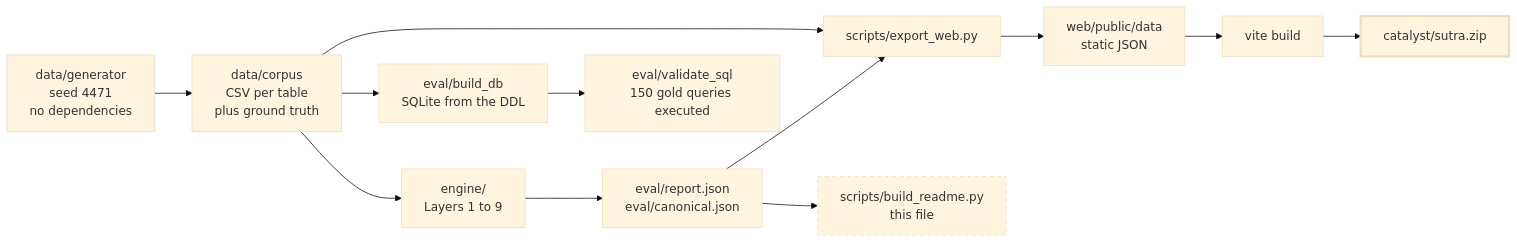
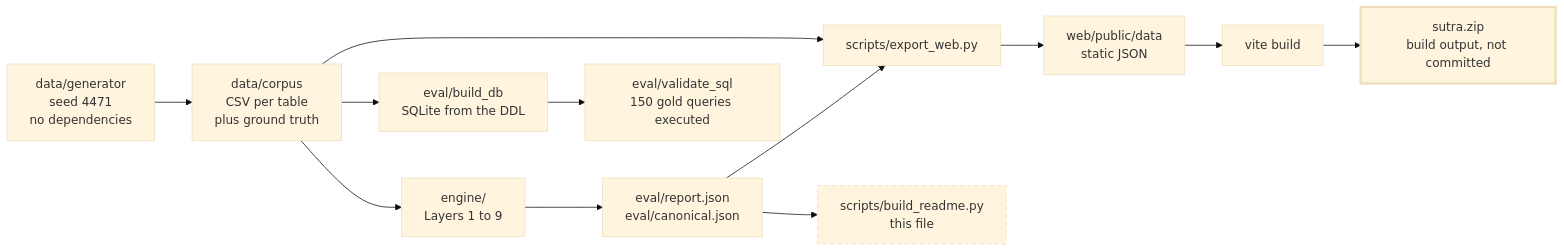
Before and after one commit to yerramsettysuchita/sutra: the third of 4 diagrams in README.md, drawn with Mermaid (base theme). The commit also changed other lines of this file and 5 other files, not shown here.

````diff
--- a/README.md
+++ b/README.md
@@ -220,17 +220,17 @@
 ```mermaid
 flowchart LR
     G["data/generator<br/>seed 4471<br/>no dependencies"] --> C["data/corpus<br/>CSV per table<br/>plus ground truth"]
     C --> E["engine/<br/>Layers 1 to 9"]
     C --> DB["eval/build_db<br/>SQLite from the DDL"]
     E --> RP["eval/report.json<br/>eval/canonical.json"]
     DB --> SQL["eval/validate_sql<br/>150 gold queries executed"]
     RP --> X["scripts/export_web.py"]
     C --> X
     X --> F["web/public/data<br/>static JSON"]
     F --> B["vite build"]
-    B --> Z["catalyst/sutra.zip"]
+    B --> Z["sutra.zip<br/>build output, not committed"]
     RP --> RM["scripts/build_readme.py<br/>this file"]
 
     style Z stroke-width:3px
     style RM stroke-dasharray: 5 5
 ```
````
